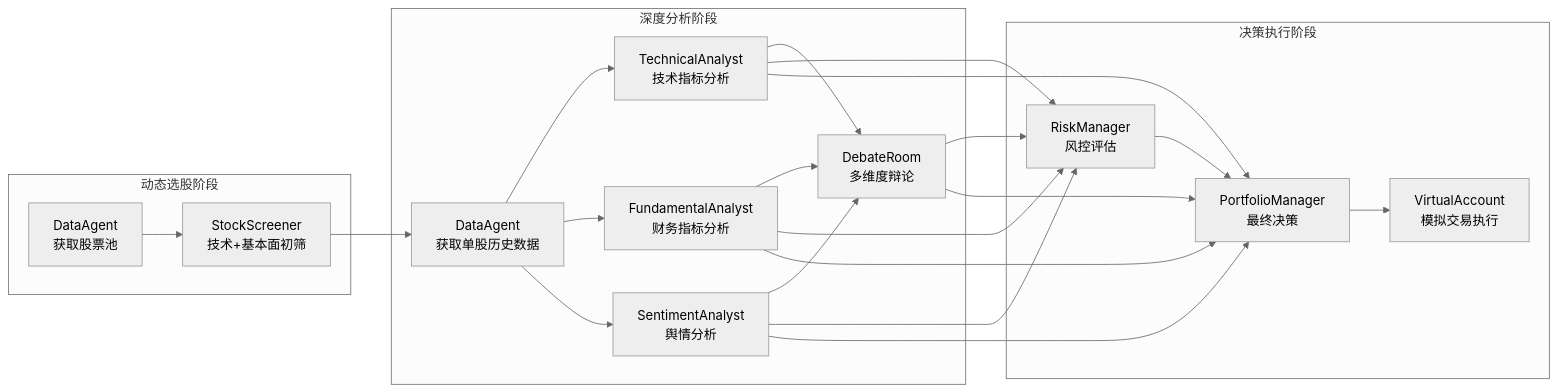
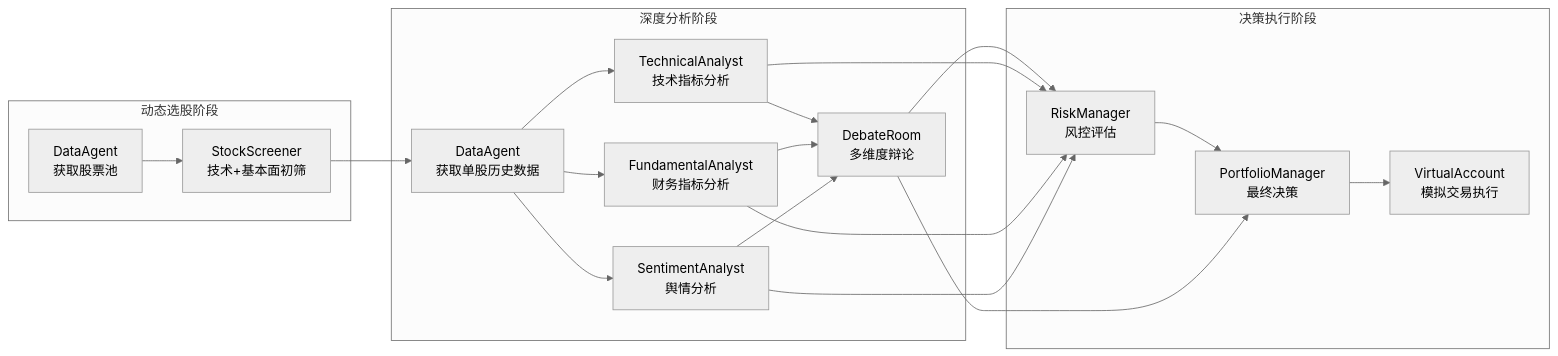
Before and after one commit to systemoutprintlnhelloworld/astock-agent-system: the second of 4 diagrams in docs/technical/ARCHITECTURE.md, drawn with Mermaid (neutral theme). The commit also changed other lines of this file, not shown here.

````diff
--- a/docs/technical/ARCHITECTURE.md
+++ b/docs/technical/ARCHITECTURE.md
@@ -117,44 +117,41 @@
 ```mermaid
 graph LR
     subgraph screening [动态选股阶段]
         dataAgent1[DataAgent<br/>获取股票池]
         screener[StockScreener<br/>技术+基本面初筛]
     end
     
     subgraph analysis [深度分析阶段]
         dataAgent2[DataAgent<br/>获取单股历史数据]
         technical[TechnicalAnalyst<br/>技术指标分析]
         fundamental[FundamentalAnalyst<br/>财务指标分析]
         sentiment[SentimentAnalyst<br/>舆情分析]
         debate[DebateRoom<br/>多维度辩论]
     end
     
     subgraph decision [决策执行阶段]
         risk[RiskManager<br/>风控评估]
         portfolio[PortfolioManager<br/>最终决策]
         virtualAccount[VirtualAccount<br/>模拟交易执行]
     end
     
     dataAgent1 --> screener
     screener --> dataAgent2
     dataAgent2 --> technical
     dataAgent2 --> fundamental
     dataAgent2 --> sentiment
     
     technical --> debate
     fundamental --> debate
     sentiment --> debate
     
     debate --> risk
     technical --> risk
     fundamental --> risk
     sentiment --> risk
     
     risk --> portfolio
-    technical --> portfolio
-    fundamental --> portfolio
-    sentiment --> portfolio
     debate --> portfolio
     
     portfolio --> virtualAccount
 ```
````
